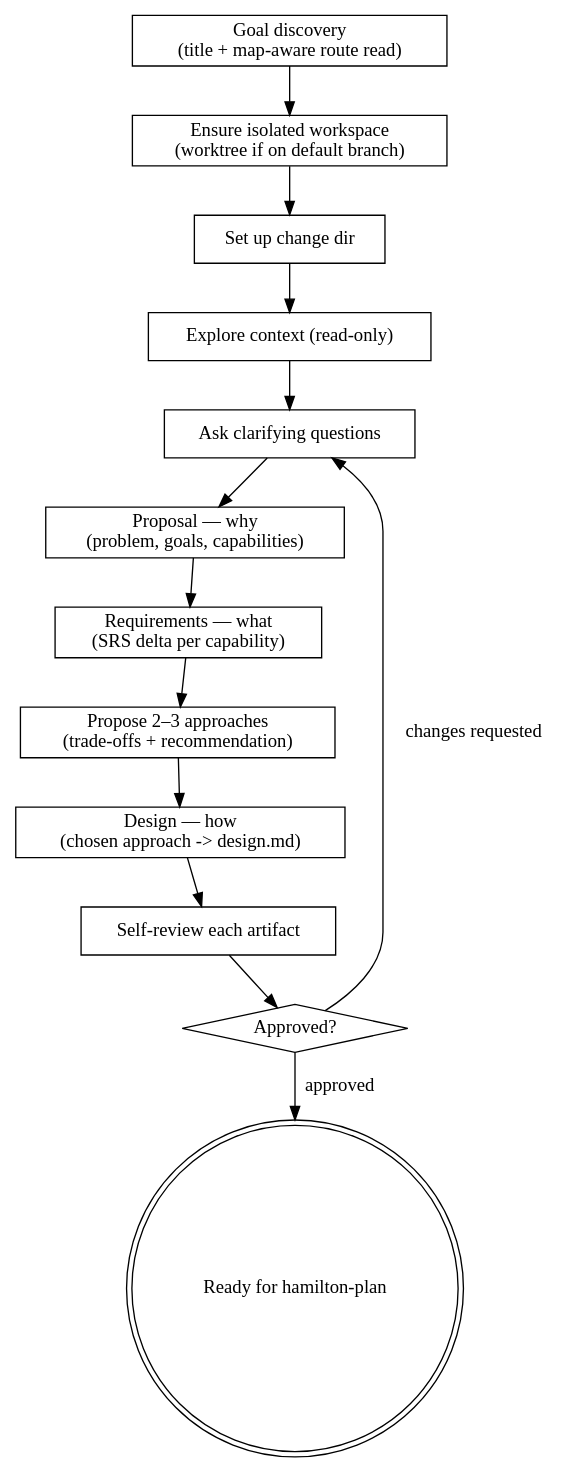
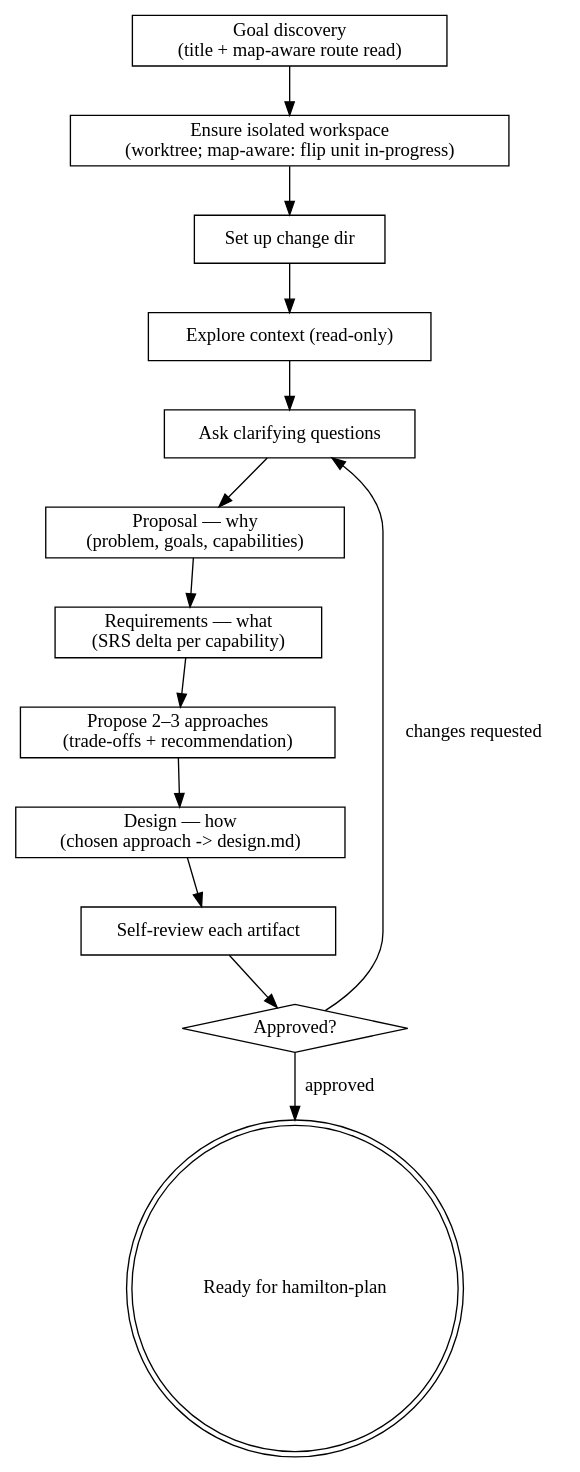
The diagram in skills/hamilton-propose/SKILL.md (caiorcferreira/hamilton), drawn with Graphviz before and after one commit. The commit also changed 2 other files, not shown here.

Commit message:
docs(skills): digraph sweep — sync every process-flow diagram with its prose
Prototype's capture node folds into the real artifact; wayfinder's Load
map absorbs returned research and the closing act folds the glossary;
propose's workspace node shows the map-aware flip. Edge/node consistency
validated for every changed digraph.

Final sweep of wayfinder-skills-action-plan.md.

Claude-Session: https://claude.ai/code/session_016QEiFwULPjcX4Q5RQkDWY7

````diff
--- a/skills/hamilton-propose/SKILL.md
+++ b/skills/hamilton-propose/SKILL.md
@@ -195,29 +195,29 @@
 ```dot
 digraph hamilton_propose {
     "Goal discovery\n(title + map-aware route read)" [shape=box];
-    "Ensure isolated workspace\n(worktree if on default branch)" [shape=box];
+    "Ensure isolated workspace\n(worktree; map-aware: flip unit in-progress)" [shape=box];
     "Set up change dir" [shape=box];
     "Explore context (read-only)" [shape=box];
     "Ask clarifying questions" [shape=box];
     "Proposal — why\n(problem, goals, capabilities)" [shape=box];
     "Requirements — what\n(SRS delta per capability)" [shape=box];
     "Propose 2–3 approaches\n(trade-offs + recommendation)" [shape=box];
     "Design — how\n(chosen approach -> design.md)" [shape=box];
     "Self-review each artifact" [shape=box];
     "Approved?" [shape=diamond];
     "Ready for hamilton-plan" [shape=doublecircle];
 
-    "Goal discovery\n(title + map-aware route read)" -> "Ensure isolated workspace\n(worktree if on default branch)";
-    "Ensure isolated workspace\n(worktree if on default branch)" -> "Set up change dir";
+    "Goal discovery\n(title + map-aware route read)" -> "Ensure isolated workspace\n(worktree; map-aware: flip unit in-progress)";
+    "Ensure isolated workspace\n(worktree; map-aware: flip unit in-progress)" -> "Set up change dir";
     "Set up change dir" -> "Explore context (read-only)";
     "Explore context (read-only)" -> "Ask clarifying questions";
     "Ask clarifying questions" -> "Proposal — why\n(problem, goals, capabilities)";
     "Proposal — why\n(problem, goals, capabilities)" -> "Requirements — what\n(SRS delta per capability)";
     "Requirements — what\n(SRS delta per capability)" -> "Propose 2–3 approaches\n(trade-offs + recommendation)";
     "Propose 2–3 approaches\n(trade-offs + recommendation)" -> "Design — how\n(chosen approach -> design.md)";
     "Design — how\n(chosen approach -> design.md)" -> "Self-review each artifact";
     "Self-review each artifact" -> "Approved?";
     "Approved?" -> "Ask clarifying questions" [label="changes requested"];
     "Approved?" -> "Ready for hamilton-plan" [label="approved"];
 }
 ```
````
